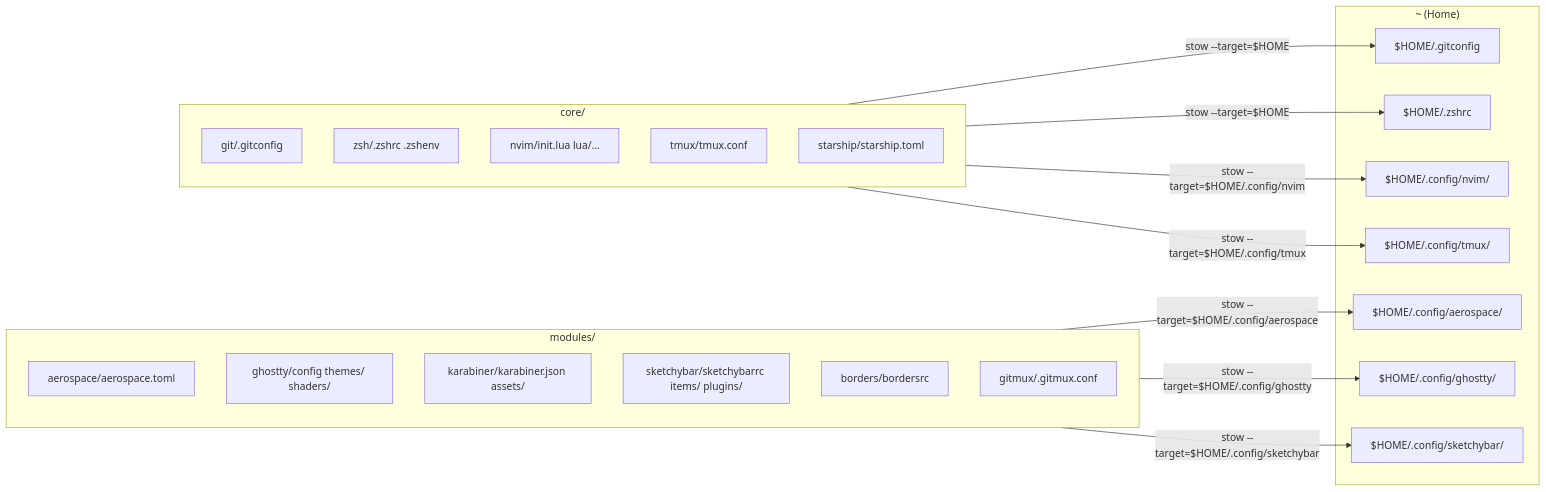
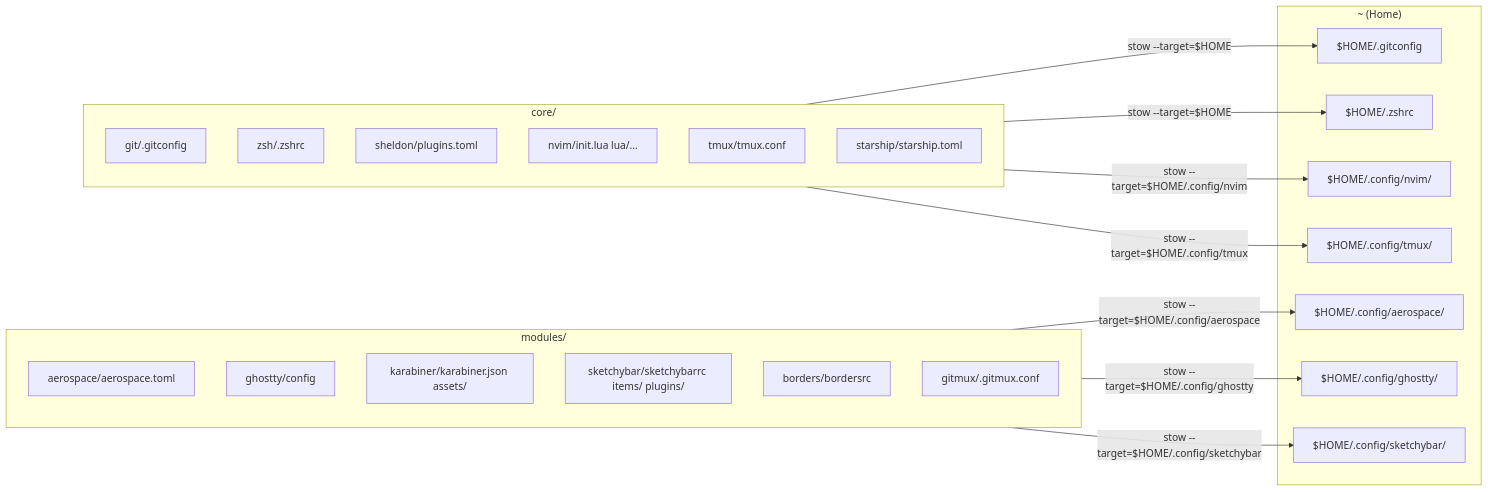
One commit to slashspace/dotfiles changed the fourth of 4 diagrams in README.md. Above: the diagram before and after it, drawn with Mermaid. The commit also changed other lines of this file and 51 other files, not shown here.

First line of the commit message:
refactor: replace zinit with Sheldon, simplify Ghostty and shell config

````diff
--- a/README.md
+++ b/README.md
@@ -144,39 +140,40 @@
 ```mermaid
 flowchart LR
     subgraph core_pkgs ["core/"]
         direction TB
         CG["git/.gitconfig"]
-        CZ["zsh/.zshrc .zshenv"]
+        CZ["zsh/.zshrc"]
+        CSD["sheldon/plugins.toml"]
         CN["nvim/init.lua lua/..."]
         CT["tmux/tmux.conf"]
         CS["starship/starship.toml"]
     end
 
     subgraph module_pkgs ["modules/"]
         direction TB
         MA["aerospace/aerospace.toml"]
-        MG["ghostty/config themes/ shaders/"]
+        MG["ghostty/config"]
         MK["karabiner/karabiner.json assets/"]
         MS["sketchybar/sketchybarrc items/ plugins/"]
         MB["borders/bordersrc"]
         MX["gitmux/.gitmux.conf"]
     end
 
     subgraph targets ["~ (Home)"]
         T1["$HOME/.gitconfig"]
         T2["$HOME/.zshrc"]
         T3["$HOME/.config/nvim/"]
         T4["$HOME/.config/tmux/"]
         T5["$HOME/.config/aerospace/"]
         T6["$HOME/.config/ghostty/"]
         T7["$HOME/.config/sketchybar/"]
     end
 
     CG -->|"stow --target=$HOME"| T1
     CZ -->|"stow --target=$HOME"| T2
     CN -->|"stow --target=$HOME/.config/nvim"| T3
     CT -->|"stow --target=$HOME/.config/tmux"| T4
     MA -->|"stow --target=$HOME/.config/aerospace"| T5
     MG -->|"stow --target=$HOME/.config/ghostty"| T6
     MS -->|"stow --target=$HOME/.config/sketchybar"| T7
 ```
````
